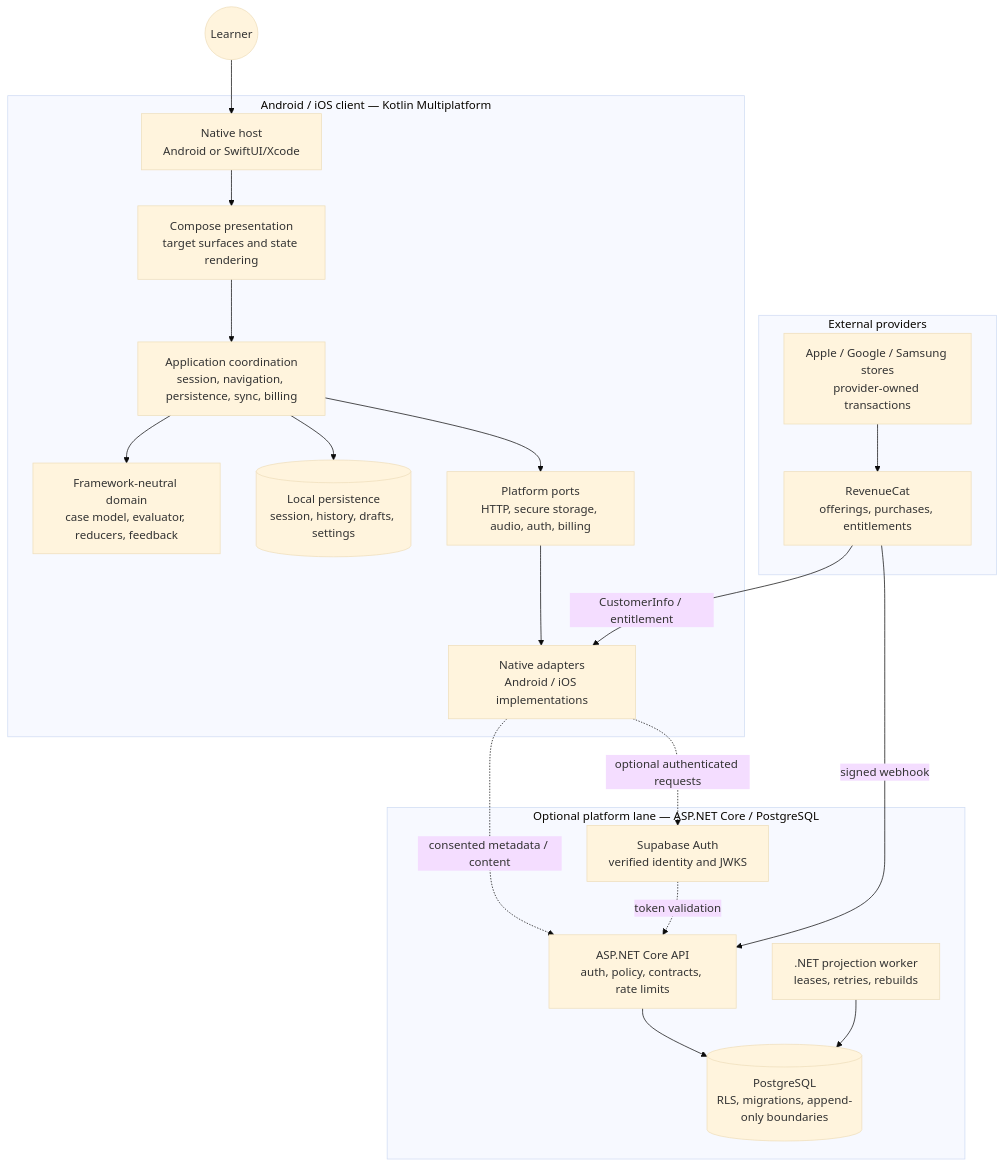
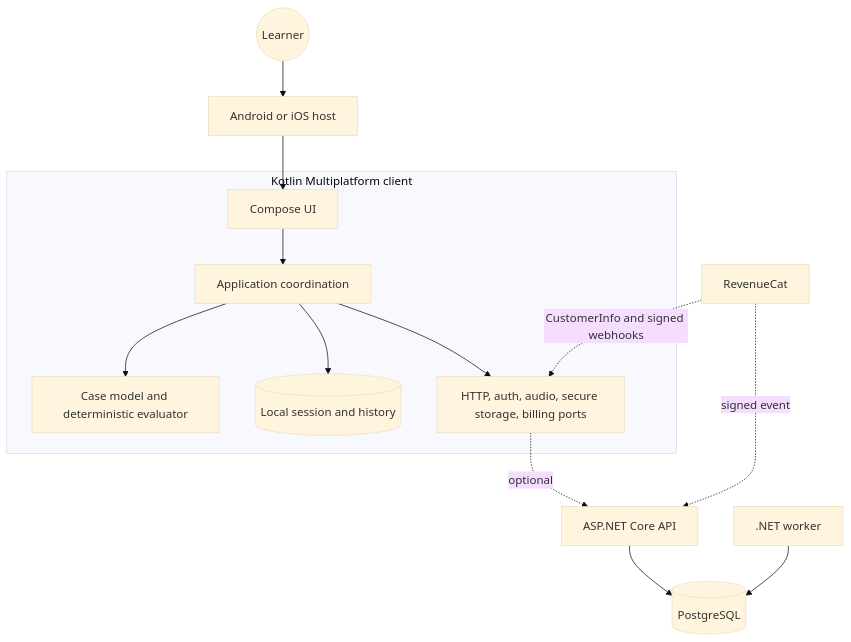
One commit to AndroLay/evidrilo changed the second of 2 diagrams in README.md. Above: the diagram before and after it, drawn with Mermaid (base theme). The commit also changed other lines of this file, not shown here.

````diff
--- a/README.md
+++ b/README.md
@@ -249,43 +97,22 @@
-```mermaid
+~~~mermaid
 flowchart TB
-    Learner((Learner))
+    Learner((Learner)) --> Host[Android or iOS host]
 
-    subgraph Client[Android / iOS client — Kotlin Multiplatform]
-        Shell[Native host<br/>Android or SwiftUI/Xcode]
-        Presentation[Compose presentation<br/>target surfaces and state rendering]
-        Application[Application coordination<br/>session, navigation, persistence, sync, billing]
-        Domain[Framework-neutral domain<br/>case model, evaluator, reducers, feedback]
-        Local[(Local persistence<br/>session, history, drafts, settings)]
-        Ports[Platform ports<br/>HTTP, secure storage, audio, auth, billing]
-        Native[Native adapters<br/>Android / iOS implementations]
-
-        Shell --> Presentation
-        Presentation --> Application
-        Application --> Domain
-        Application --> Local
-        Application --> Ports
-        Ports --> Native
+    subgraph Mobile[Kotlin Multiplatform client]
+        UI[Compose UI]
+        App[Application coordination]
+        Domain[Case model and deterministic evaluator]
+        Local[(Local session and history)]
+        Ports[HTTP, auth, audio, secure storage, billing ports]
+        UI --> App --> Domain
+        App --> Local
+        App --> Ports
     end
 
-    subgraph Platform[Optional platform lane — ASP.NET Core / PostgreSQL]
-        Auth[Supabase Auth<br/>verified identity and JWKS]
-        API[ASP.NET Core API<br/>auth, policy, contracts, rate limits]
-        Database[(PostgreSQL<br/>RLS, migrations, append-only boundaries)]
-        Worker[.NET projection worker<br/>leases, retries, rebuilds]
-        API --> Database
-        Worker --> Database
-    end
-
-    subgraph Providers[External providers]
-        RevenueCat[RevenueCat<br/>offerings, purchases, entitlements]
-        Store[Apple / Google / Samsung stores<br/>provider-owned transactions]
-    end
-
-    Learner --> Shell
-    Native -. optional authenticated requests .-> Auth
-    Native -. consented metadata / content .-> API
-    Auth -. token validation .-> API
-    RevenueCat -->|CustomerInfo / entitlement| Native
-    Store --> RevenueCat
-    RevenueCat -->|signed webhook| API
-```
+    Host --> UI
+    Ports -. optional .-> API[ASP.NET Core API]
+    API --> DB[(PostgreSQL)]
+    Worker[.NET worker] --> DB
+    Billing[RevenueCat] -. CustomerInfo and signed webhooks .-> Ports
+    Billing -. signed event .-> API
+~~~
````
